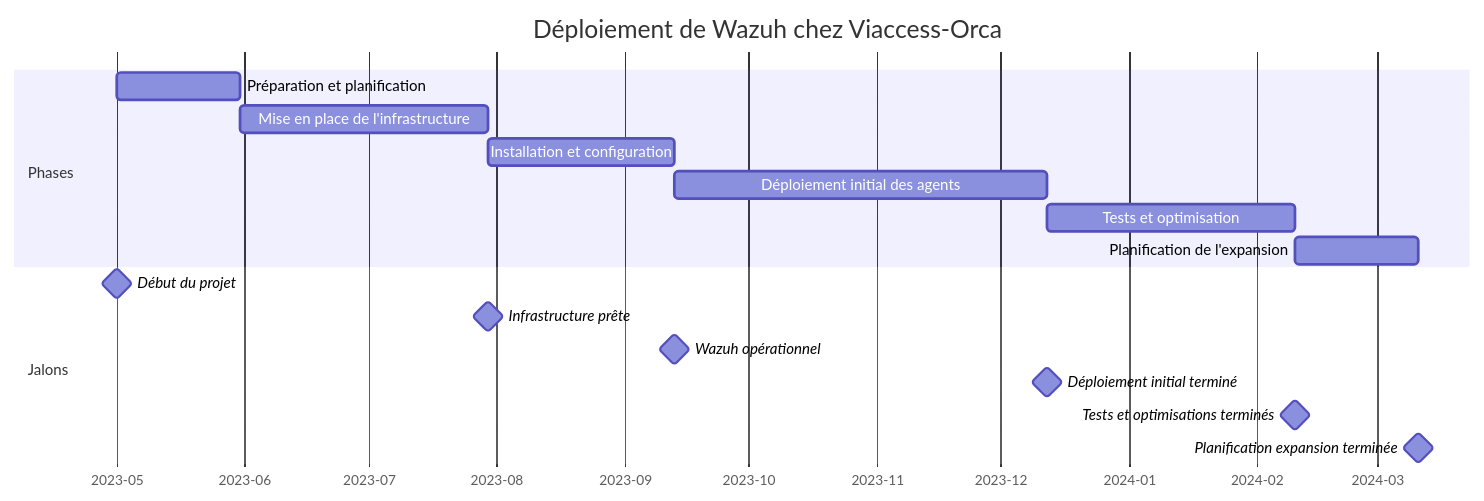
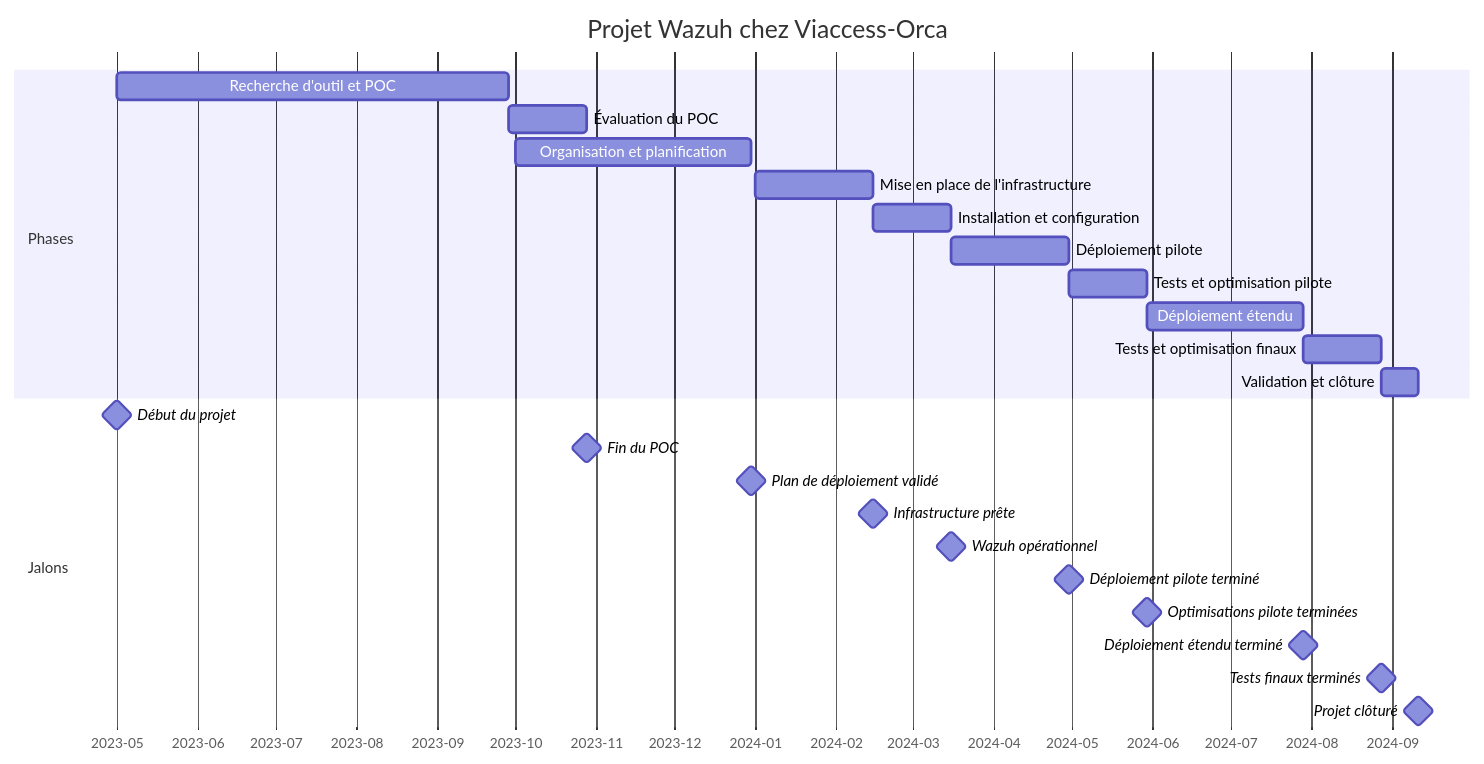
Before and after one commit to HyCore/memoire: the diagram in wazuh-deployment-gantt.mermaid, drawn with Mermaid.

```diff
--- a/wazuh-deployment-gantt.mermaid
+++ b/wazuh-deployment-gantt.mermaid
@@ -1,20 +1,28 @@
 gantt
-    title Déploiement de Wazuh chez Viaccess-Orca
+    title Projet Wazuh chez Viaccess-Orca
     dateFormat  YYYY-MM-DD
     axisFormat  %Y-%m
 
     section Phases
-    Préparation et planification      :a1, 2023-05-01, 30d
-    Mise en place de l'infrastructure :a2, after a1  , 60d
-    Installation et configuration     :a3, after a2  , 45d
-    Déploiement initial des agents    :a4, after a3  , 90d
-    Tests et optimisation             :a5, after a4  , 60d
-    Planification de l'expansion      :a6, after a5  , 30d
+    Recherche d'outil et POC           :a1, 2023-05-01, 150d
+    Évaluation du POC                  :a2, after a1  , 30d
+    Organisation et planification      :a3, 2023-10-01, 90d
+    Mise en place de l'infrastructure  :a4, 2024-01-01, 45d
+    Installation et configuration      :a5, after a4  , 30d
+    Déploiement pilote                 :a6, after a5  , 45d
+    Tests et optimisation pilote       :a7, after a6  , 30d
+    Déploiement étendu                 :a8, after a7  , 60d
+    Tests et optimisation finaux       :a9, after a8  , 30d
+    Validation et clôture              :a10, after a9 , 14d
 
     section Jalons
-    Début du projet                   :milestone, m1, 2023-05-01, 0d
-    Infrastructure prête              :milestone, m2, after a2, 0d
-    Wazuh opérationnel                :milestone, m3, after a3, 0d
-    Déploiement initial terminé       :milestone, m4, after a4, 0d
-    Tests et optimisations terminés   :milestone, m5, after a5, 0d
-    Planification expansion terminée  :milestone, m6, after a6, 0d
+    Début du projet                    :milestone, m1, 2023-05-01, 0d
+    Fin du POC                         :milestone, m2, after a2, 0d
+    Plan de déploiement validé         :milestone, m3, after a3, 0d
+    Infrastructure prête               :milestone, m4, after a4, 0d
+    Wazuh opérationnel                 :milestone, m5, after a5, 0d
+    Déploiement pilote terminé         :milestone, m6, after a6, 0d
+    Optimisations pilote terminées     :milestone, m7, after a7, 0d
+    Déploiement étendu terminé         :milestone, m8, after a8, 0d
+    Tests finaux terminés              :milestone, m9, after a9, 0d
+    Projet clôturé                     :milestone, m10, after a10, 0d
```
